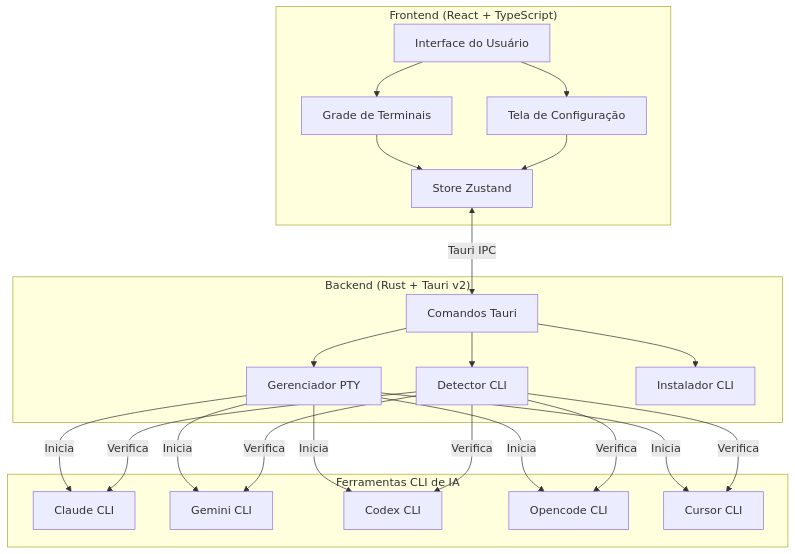
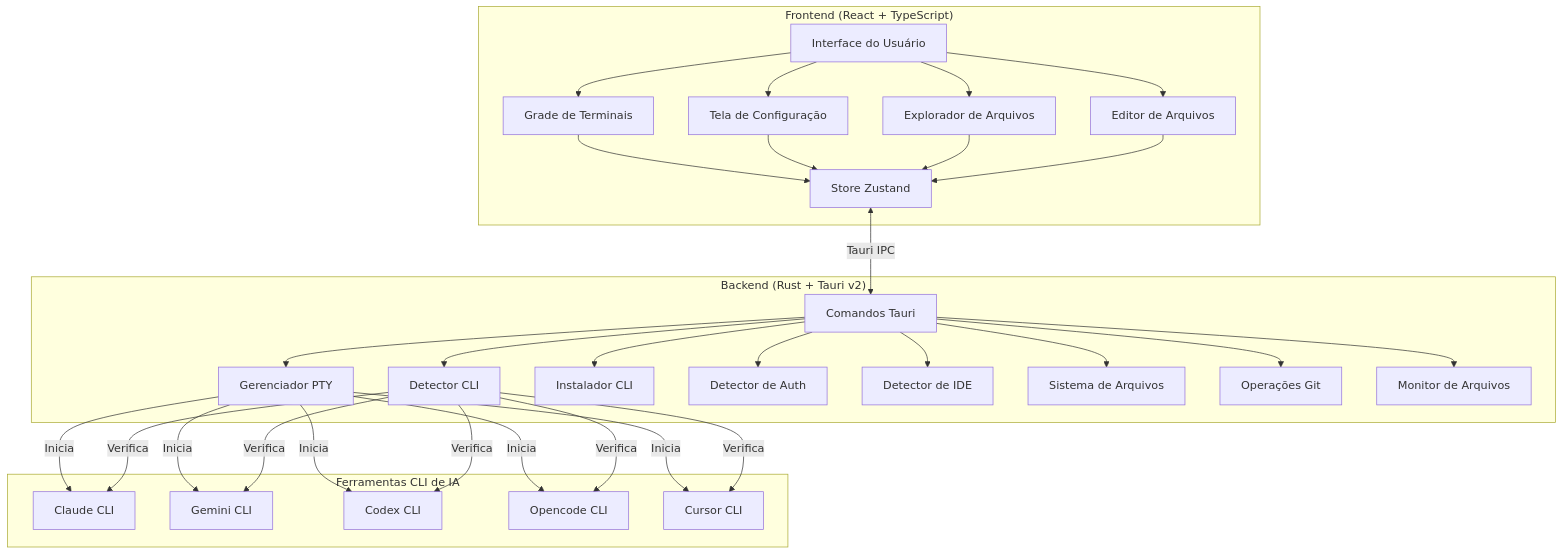
One commit to wolfenazz/AgentsLand changed the first of 2 diagrams in PTREADME.MD. Above: the diagram before and after it, drawn with Mermaid. The commit also changed other lines of this file and 6 other files, not shown here.

First line of the commit message:
Add file explorer, IDE support in READMEs

````diff
--- a/PTREADME.MD
+++ b/PTREADME.MD
@@ -153,46 +178,62 @@
 ```mermaid
 graph TB
     subgraph Frontend["Frontend (React + TypeScript)"]
         UI[Interface do Usuário]
         Grid[Grade de Terminais]
         Setup[Tela de Configuração]
         Store[Store Zustand]
+        Explorer[Explorador de Arquivos]
+        Editor[Editor de Arquivos]
     end
 
     subgraph Backend["Backend (Rust + Tauri v2)"]
         Commands[Comandos Tauri]
         PTY[Gerenciador PTY]
         Detector[Detector CLI]
         Installer[Instalador CLI]
+        Auth[Detector de Auth]
+        Ide[Detector de IDE]
+        Fs[Sistema de Arquivos]
+        Git[Operações Git]
+        Watcher[Monitor de Arquivos]
     end
 
     subgraph CLIs["Ferramentas CLI de IA"]
         Claude[Claude CLI]
         Gemini[Gemini CLI]
         Codex[Codex CLI]
         Opencode[Opencode CLI]
         Cursor[Cursor CLI]
     end
 
     UI --> Grid
     UI --> Setup
+    UI --> Explorer
+    UI --> Editor
     Grid --> Store
     Setup --> Store
+    Explorer --> Store
+    Editor --> Store
     
     Store <-->|Tauri IPC| Commands
     Commands --> PTY
     Commands --> Detector
     Commands --> Installer
+    Commands --> Auth
+    Commands --> Ide
+    Commands --> Fs
+    Commands --> Git
+    Commands --> Watcher
     
     PTY -->|Inicia| Claude
     PTY -->|Inicia| Gemini
     PTY -->|Inicia| Codex
     PTY -->|Inicia| Opencode
     PTY -->|Inicia| Cursor
     
     Detector -->|Verifica| Claude
     Detector -->|Verifica| Gemini
     Detector -->|Verifica| Codex
     Detector -->|Verifica| Opencode
     Detector -->|Verifica| Cursor
 ```
````
